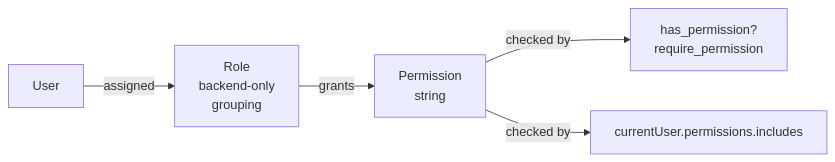
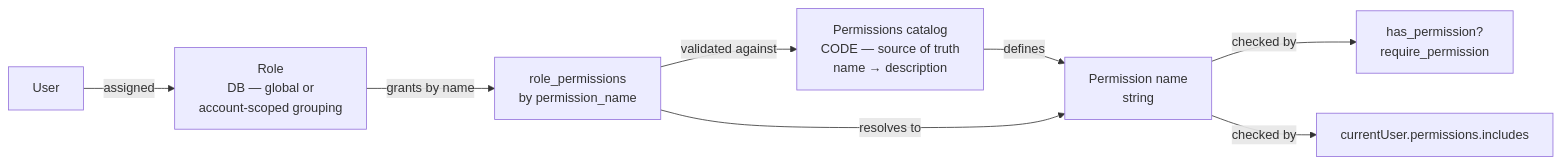
Before and after one commit to nodealchemy/powernode-platform: the first of 2 diagrams in docs/concepts/permissions.md, drawn with Mermaid. The commit also changed other lines of this file, not shown here.

Commit message:
docs: rewrite permissions concept for code-defined perms + global/account roles

````diff
--- a/docs/concepts/permissions.md
+++ b/docs/concepts/permissions.md
@@ -34,13 +40,18 @@
 ```mermaid
 flowchart LR
+    Catalog[Permissions catalog<br/>CODE — source of truth<br/>name → description]
     User[User]
-    Role[Role<br/>backend-only<br/>grouping]
-    Perm[Permission<br/>string]
+    Role[Role<br/>DB — global or<br/>account-scoped grouping]
+    Grant[role_permissions<br/>by permission_name]
+    Perm[Permission name<br/>string]
     BackendCheck[has_permission?<br/>require_permission]
     FrontendCheck[currentUser.permissions.includes]
 
+    Catalog -- "defines" --> Perm
     User -- "assigned" --> Role
-    Role -- "grants" --> Perm
+    Role -- "grants by name" --> Grant
+    Grant -- "validated against" --> Catalog
+    Grant -- "resolves to" --> Perm
     Perm -- "checked by" --> BackendCheck
     Perm -- "checked by" --> FrontendCheck
 ```
````
